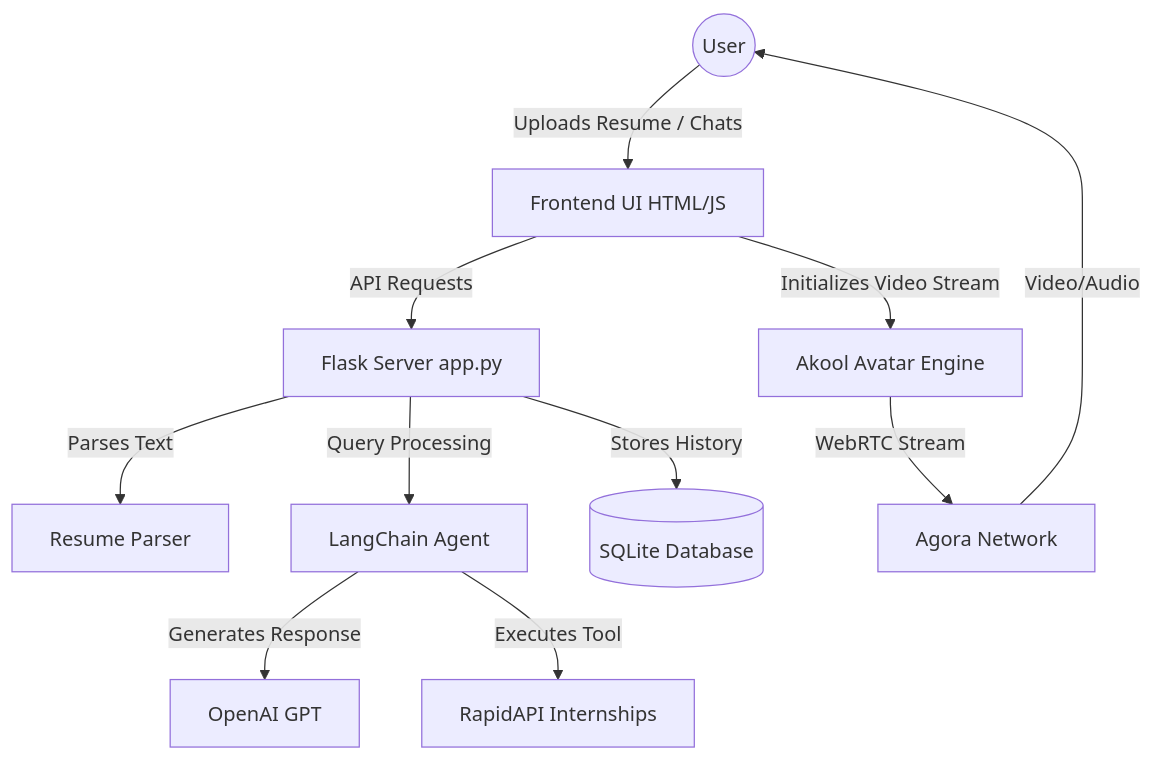
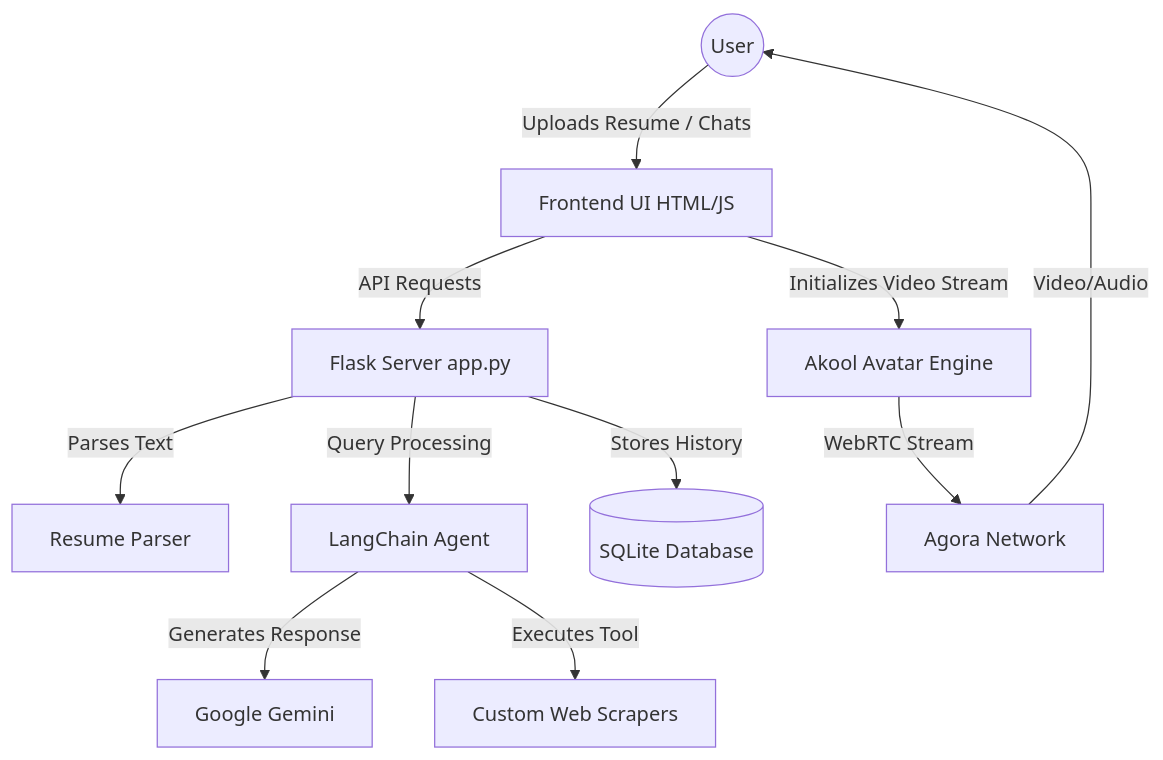
The diagram in README.md (sudiptosaha5002-lang/ai-internship-agent), drawn with Mermaid before and after one commit. The commit also changed other lines of this file and 6 other files, not shown here.

Commit message:
docs: remove OpenAI and RapidAPI references, update to Google Gemini

````diff
--- a/README.md
+++ b/README.md
@@ -117,13 +113,13 @@
 ```mermaid
 graph TD;
     User((User))-->|Uploads Resume / Chats|Frontend[Frontend UI HTML/JS];
     Frontend-->|API Requests|Backend[Flask Server app.py];
     Backend-->|Parses Text|PyPDF2[Resume Parser];
     Backend-->|Query Processing|LangChain[LangChain Agent];
-    LangChain-->|Generates Response|OpenAI[OpenAI GPT];
-    LangChain-->|Executes Tool|RapidAPI[RapidAPI Internships];
+    LangChain-->|Generates Response|Gemini[Google Gemini];
+    LangChain-->|Executes Tool|Scraper[Custom Web Scrapers];
     Backend-->|Stores History|SQLite[(SQLite Database)];
     Frontend-->|Initializes Video Stream|Akool[Akool Avatar Engine];
     Akool-->|WebRTC Stream|Agora[Agora Network];
     Agora-->|Video/Audio|User;
 ```
````
